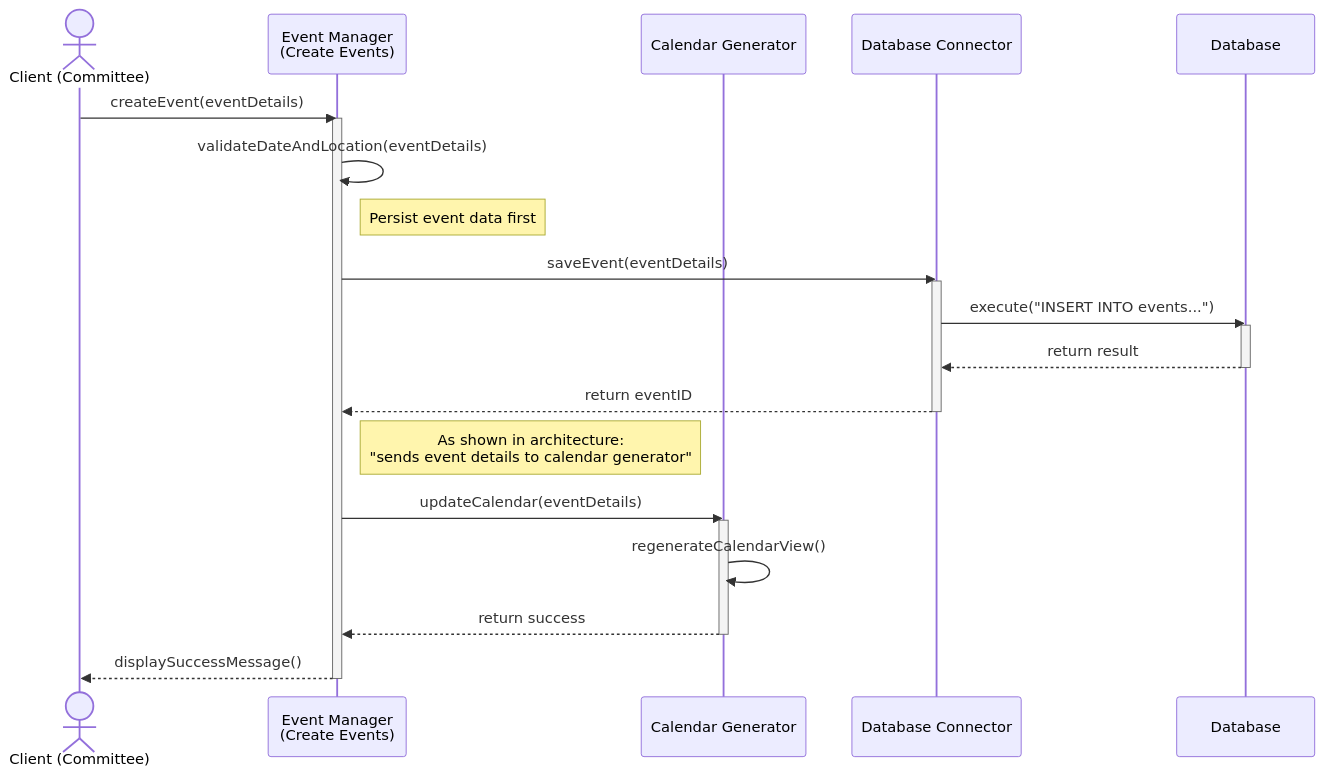
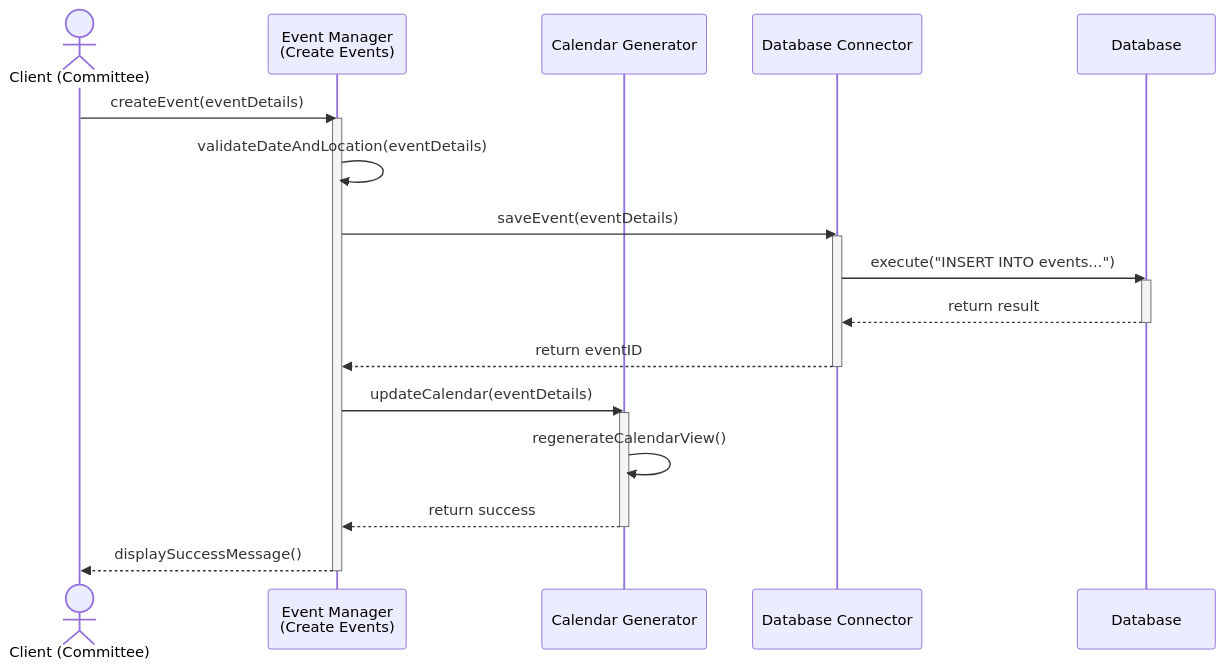
The diagram in Sequence Diagram/CreateEvents.mmd (Team-4D2/Coursework-1), drawn with Mermaid before and after one commit.

```diff
--- a/Sequence Diagram/CreateEvents.mmd
+++ b/Sequence Diagram/CreateEvents.mmd
@@ -1,31 +1,28 @@
 sequenceDiagram
     actor Comm as Client (Committee)
     participant EM as Event Manager<br/>(Create Events)
     participant CG as Calendar Generator
     participant DBConn as Database Connector
     participant DB as Database
 
     Comm->>EM: createEvent(eventDetails)
     activate EM
     
     EM->>EM: validateDateAndLocation(eventDetails)
 
-    Note right of EM: Persist event data first
     EM->>DBConn: saveEvent(eventDetails)
     activate DBConn
     DBConn->>DB: execute("INSERT INTO events...")
     activate DB
     DB-->>DBConn: return result
     deactivate DB
     DBConn-->>EM: return eventID
     deactivate DBConn
-
-    Note right of EM: As shown in architecture:<br/>"sends event details to calendar generator"
     EM->>CG: updateCalendar(eventDetails)
     activate CG
     CG->>CG: regenerateCalendarView()
     CG-->>EM: return success
     deactivate CG
 
     EM-->>Comm: displaySuccessMessage()
     deactivate EM
```
